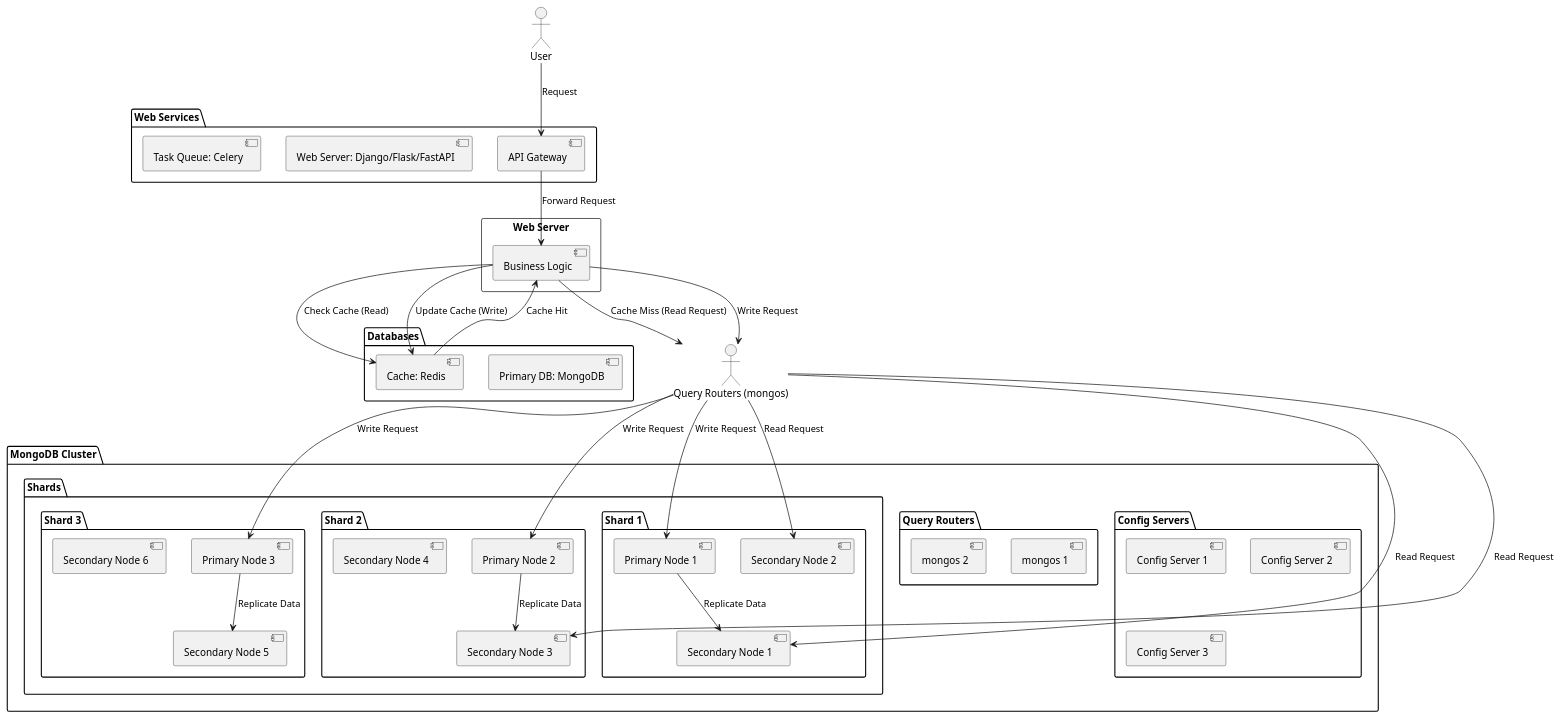
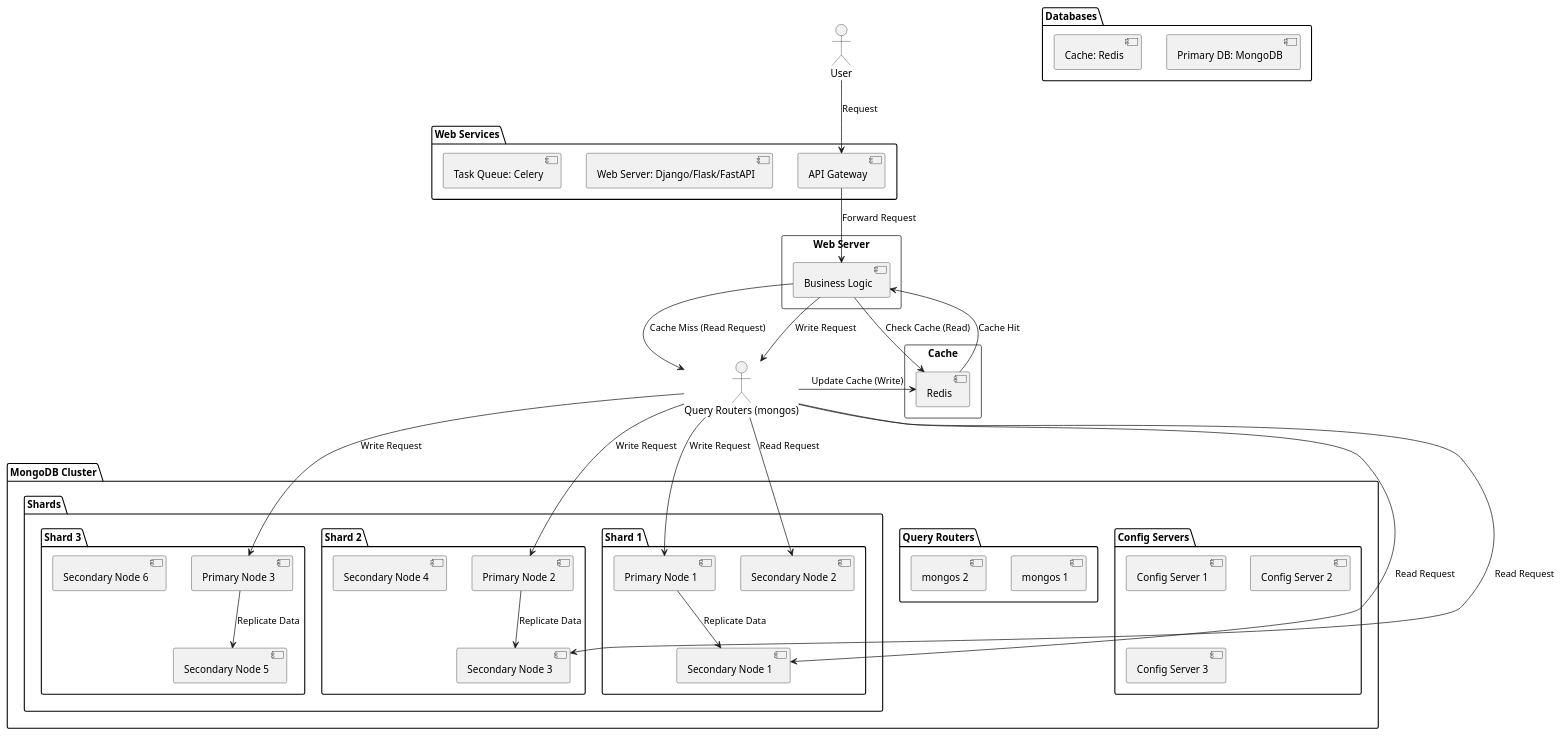
One commit to huangyingw/system_design changed the diagram in high_traffic_calendar/high_traffic_calendar_comprehensive_design.puml. Above: the diagram before and after it, drawn with PlantUML.

```diff
--- a/high_traffic_calendar/high_traffic_calendar_comprehensive_design.puml
+++ b/high_traffic_calendar/high_traffic_calendar_comprehensive_design.puml
@@ -1,70 +1,73 @@
 @startuml
 
 package "Web Services" {
   [API Gateway]
   [Web Server: Django/Flask/FastAPI]
   [Task Queue: Celery]
 }
 
 package "Databases" {
   [Primary DB: MongoDB]
   [Cache: Redis]
 }
 
 package "MongoDB Cluster" {
   package "Config Servers" {
     [Config Server 1]
     [Config Server 2]
     [Config Server 3]
   }
   
   package "Query Routers" {
     [mongos 1]
     [mongos 2]
   }
   
   package "Shards" {
     package "Shard 1" {
       [Primary Node 1]
       [Secondary Node 1]
       [Secondary Node 2]
     }
     package "Shard 2" {
       [Primary Node 2]
       [Secondary Node 3]
       [Secondary Node 4]
     }
     package "Shard 3" {
       [Primary Node 3]
       [Secondary Node 5]
       [Secondary Node 6]
     }
   }
 }
 
 actor User
 
 rectangle "Web Server" {
   [API Gateway]
   [Business Logic]
-  [Cache: Redis]
+}
+
+rectangle "Cache" {
+  [Redis]
 }
 
 User --> "API Gateway": Request
 "API Gateway" --> "Business Logic": Forward Request
-"Business Logic" --> "Cache: Redis": Check Cache (Read)
-"Cache: Redis" --> "Business Logic": Cache Hit
+"Business Logic" --> "Redis": Check Cache (Read)
+"Redis" --> "Business Logic": Cache Hit
 "Business Logic" --> "Query Routers (mongos)": Cache Miss (Read Request)
 "Business Logic" --> "Query Routers (mongos)": Write Request
 "Query Routers (mongos)" --> "Secondary Node 1": Read Request
 "Query Routers (mongos)" --> "Secondary Node 2": Read Request
 "Query Routers (mongos)" --> "Secondary Node 3": Read Request
 "Query Routers (mongos)" --> "Primary Node 1": Write Request
 "Query Routers (mongos)" --> "Primary Node 2": Write Request
 "Query Routers (mongos)" --> "Primary Node 3": Write Request
 "Primary Node 1" --> "Secondary Node 1": Replicate Data
 "Primary Node 2" --> "Secondary Node 3": Replicate Data
 "Primary Node 3" --> "Secondary Node 5": Replicate Data
-"Business Logic" --> "Cache: Redis": Update Cache (Write)
+"Query Routers (mongos)" --> "Redis": Update Cache (Write)
 
 @enduml
```
